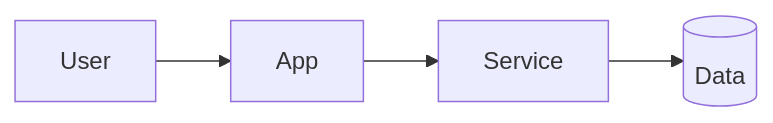
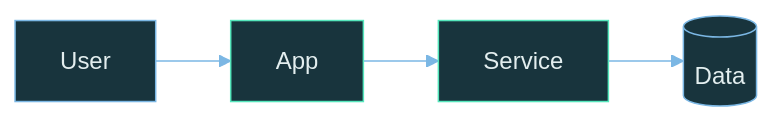
Before and after one commit to harry738/HyperSoftwareFactory: the diagram in config/README.template.md, drawn with Mermaid. The commit also changed other lines of this file, not shown here.

````diff
--- a/config/README.template.md
+++ b/config/README.template.md
@@ -44,6 +46,11 @@
 ```mermaid
+%%{init: {"theme":"base","themeVariables":{"background":"#091b23","primaryColor":"#18343d","primaryTextColor":"#e3eeef","primaryBorderColor":"#55e6bc","lineColor":"#7bb7e4","secondaryColor":"#10262f","tertiaryColor":"#10262f","clusterBkg":"#10262f","clusterBorder":"#3d7470","edgeLabelBackground":"#10262f","fontFamily":"monospace"}}}%%
 flowchart LR
     U["User"] --> A["App"]
     A --> S["Service"]
     S --> D[("Data")]
+    classDef input fill:#18343d,stroke:#7bb7e4,color:#e3eeef
+    classDef factory fill:#18343d,stroke:#55e6bc,color:#e3eeef
+    class U,D input
+    class A,S factory
 ```
````
